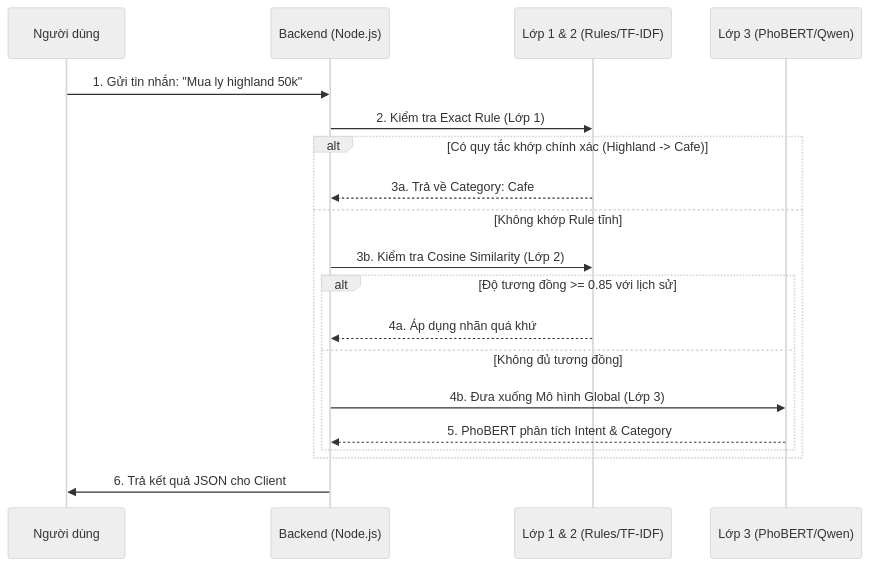
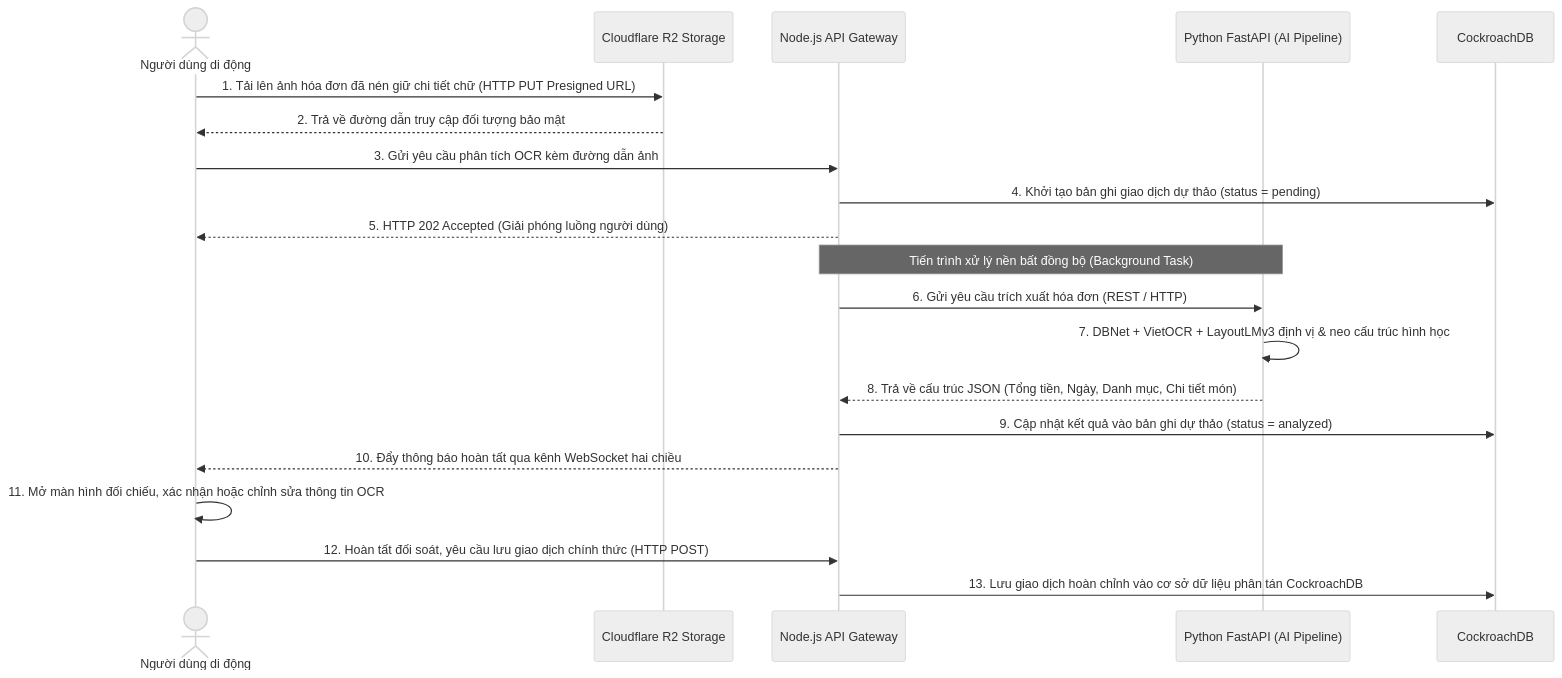
One commit to maikhang160504/spending-diary changed the fourth of 10 diagrams in Luan_van_Hoan_chinh.md. Above: the diagram before and after it, drawn with Mermaid (neutral theme). The commit also changed other lines of this file and 18 other files, not shown here.

Commit message:
docs: expand thesis chapters, add architecture diagrams, and compile literature summaries

````diff
--- a/Luan_van_Hoan_chinh.md
+++ b/Luan_van_Hoan_chinh.md
@@ -400,24 +732,26 @@
 ```mermaid
 sequenceDiagram
-    participant User as Người dùng
-    participant API as Backend (Node.js)
-    participant Cache as Lớp 1 & 2 (Rules/TF-IDF)
-    participant AI as Lớp 3 (PhoBERT/Qwen)
+    actor U as Người dùng di động
+    participant R2 as Cloudflare R2 Storage
+    participant API as Node.js API Gateway
+    participant AI as Python FastAPI (AI Pipeline)
+    participant DB as CockroachDB
+
+    U->>R2: 1. Tải lên ảnh hóa đơn đã nén giữ chi tiết chữ (HTTP PUT Presigned URL)
+    R2-->>U: 2. Trả về đường dẫn truy cập đối tượng bảo mật
+    U->>API: 3. Gửi yêu cầu phân tích OCR kèm đường dẫn ảnh
+    API->>DB: 4. Khởi tạo bản ghi giao dịch dự thảo (status = pending)
+    API-->>U: 5. HTTP 202 Accepted (Giải phóng luồng người dùng)
     
-    User->>API: 1. Gửi tin nhắn: "Mua ly highland 50k"
-    API->>Cache: 2. Kiểm tra Exact Rule (Lớp 1)
+    note over API,AI: Tiến trình xử lý nền bất đồng bộ (Background Task)
+    API->>AI: 6. Gửi yêu cầu trích xuất hóa đơn (REST / HTTP)
+    AI->>AI: 7. DBNet + VietOCR + LayoutLMv3 định vị & neo cấu trúc hình học
+    AI-->>API: 8. Trả về cấu trúc JSON (Tổng tiền, Ngày, Danh mục, Chi tiết món)
     
-    alt Có quy tắc khớp chính xác (Highland -> Cafe)
-        Cache-->>API: 3a. Trả về Category: Cafe
-    else Không khớp Rule tĩnh
-        API->>Cache: 3b. Kiểm tra Cosine Similarity (Lớp 2)
-        alt Độ tương đồng >= 0.85 với lịch sử
-            Cache-->>API: 4a. Áp dụng nhãn quá khứ
-        else Không đủ tương đồng
-            API->>AI: 4b. Đưa xuống Mô hình Global (Lớp 3)
-            AI-->>API: 5. PhoBERT phân tích Intent & Category
-        end
-    end
+    API->>DB: 9. Cập nhật kết quả vào bản ghi dự thảo (status = analyzed)
+    API-->>U: 10. Đẩy thông báo hoàn tất qua kênh WebSocket hai chiều
     
-    API->>User: 6. Trả kết quả JSON cho Client
+    U->>U: 11. Mở màn hình đối chiếu, xác nhận hoặc chỉnh sửa thông tin OCR
+    U->>API: 12. Hoàn tất đối soát, yêu cầu lưu giao dịch chính thức (HTTP POST)
+    API->>DB: 13. Lưu giao dịch hoàn chỉnh vào cơ sở dữ liệu phân tán CockroachDB
 ```
````
